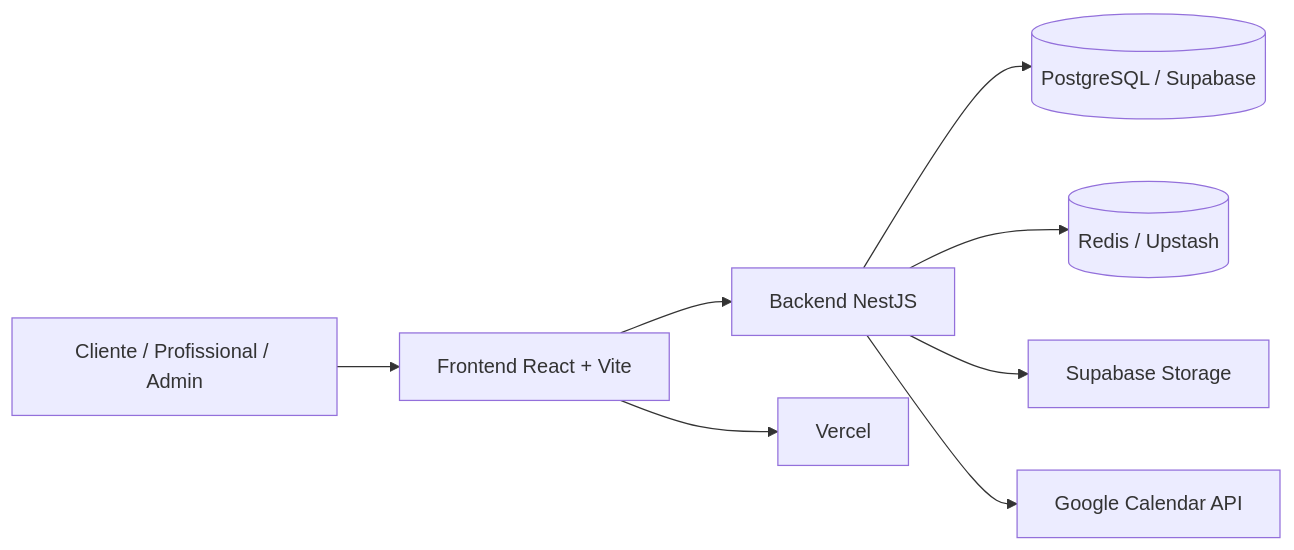
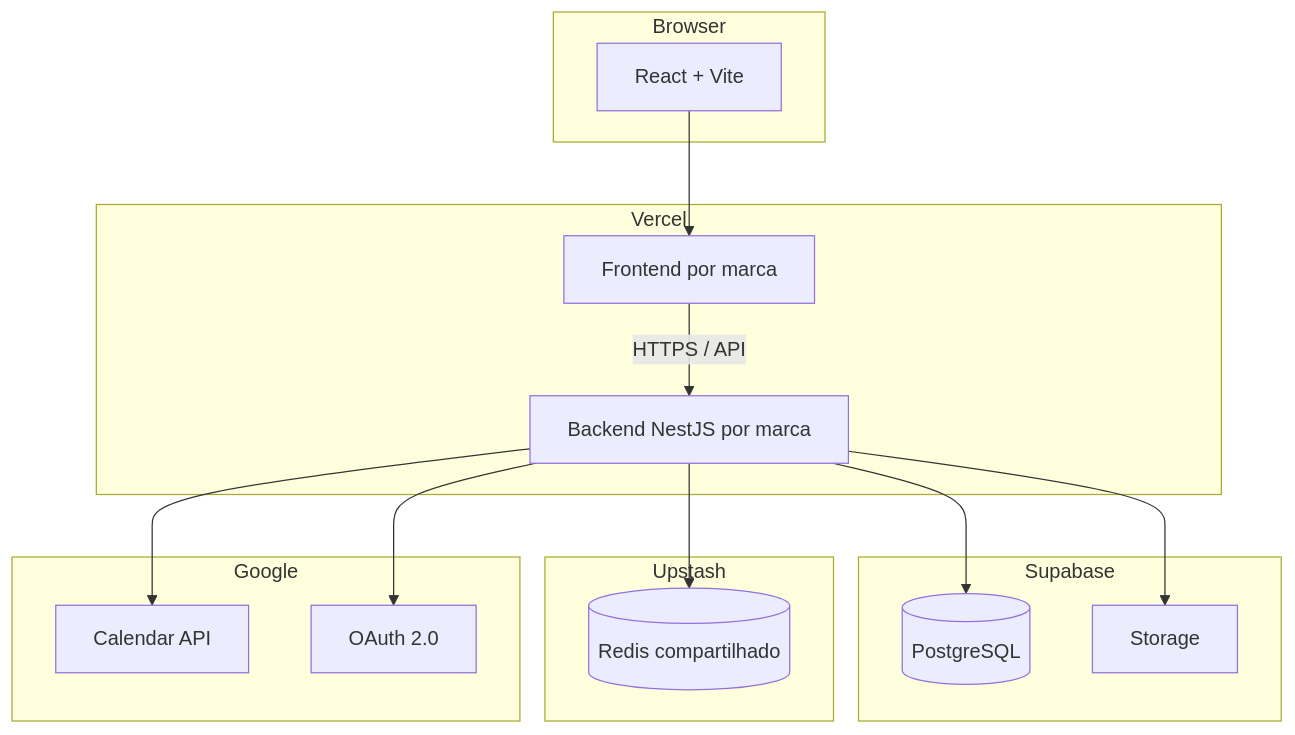
The diagram in README.md (rodrigolfranca/PI-univesp), drawn with Mermaid before and after one commit. The commit also changed other lines of this file, not shown here.

Commit message:
docs: clarify architecture and demo OTP rationale

````diff
--- a/README.md
+++ b/README.md
@@ -127,10 +129,33 @@
 ```mermaid
-flowchart LR
-    Browser[Cliente / Profissional / Admin] --> Frontend[Frontend React + Vite]
-    Frontend --> Backend[Backend NestJS]
-    Backend --> Postgres[(PostgreSQL / Supabase)]
-    Backend --> Redis[(Redis / Upstash)]
-    Backend --> Storage[Supabase Storage]
-    Backend --> Google[Google Calendar API]
-    Frontend --> Vercel[Vercel]
+flowchart TB
+    subgraph Browser
+        UI[React + Vite]
+    end
+
+    subgraph Vercel
+        FE[Frontend por marca]
+        BE[Backend NestJS por marca]
+    end
+
+    subgraph Supabase
+        DB[(PostgreSQL)]
+        ST[Storage]
+    end
+
+    subgraph Upstash
+        RD[(Redis compartilhado)]
+    end
+
+    subgraph Google
+        GC[Calendar API]
+        OA[OAuth 2.0]
+    end
+
+    UI --> FE
+    FE -->|HTTPS / API| BE
+    BE --> DB
+    BE --> RD
+    BE --> ST
+    BE --> OA
+    BE --> GC
 ```
````
